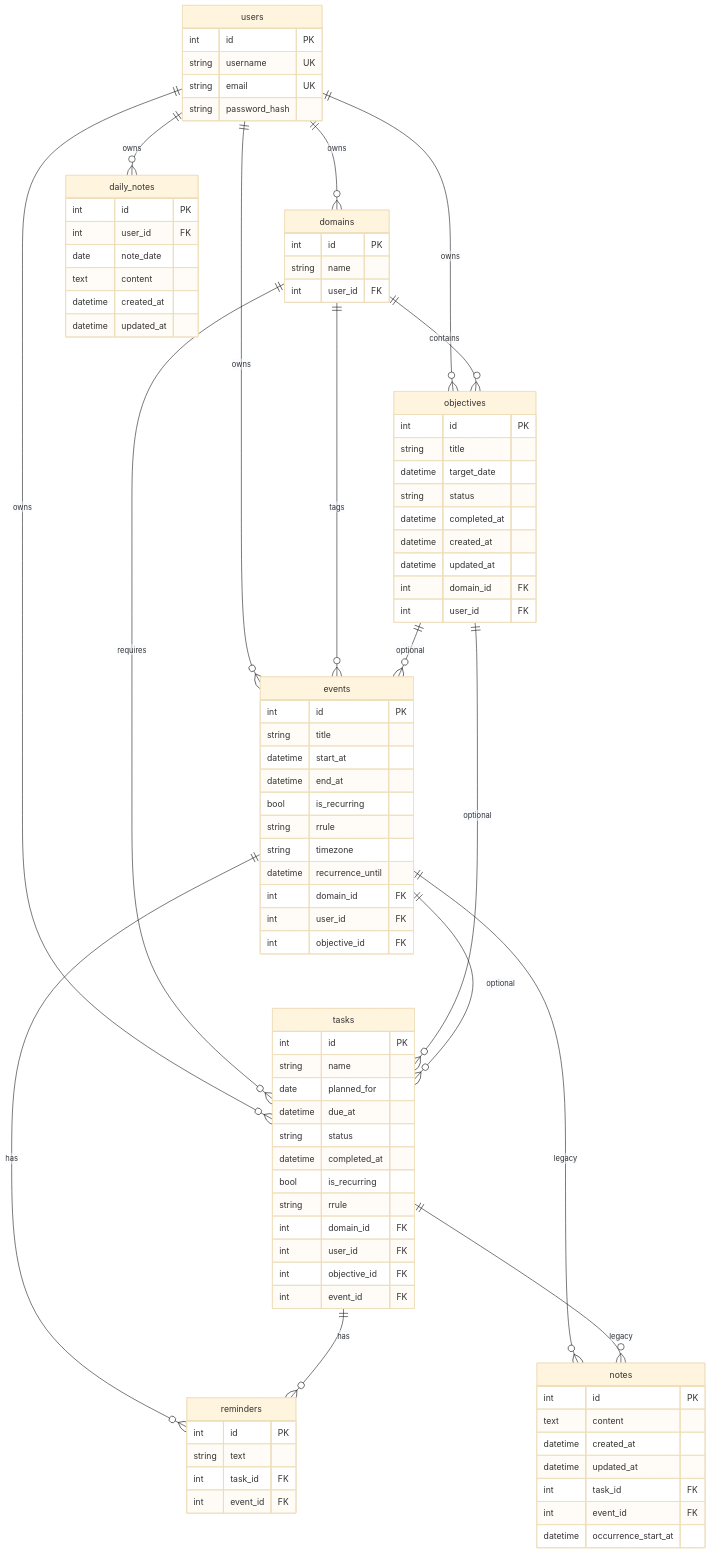
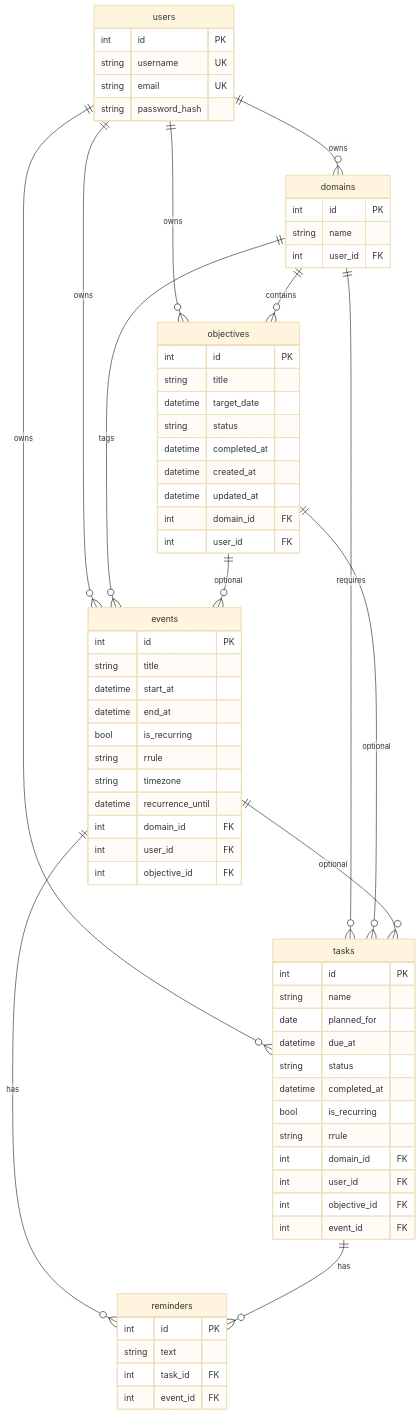
The diagram in docs/schema.md (Trevor5008/Palander), drawn with Mermaid (base theme) before and after one commit. The commit also changed other lines of this file and 49 other files, not shown here.

````diff
--- a/docs/schema.md
+++ b/docs/schema.md
@@ -12,7 +12,6 @@
   users ||--o{ objectives : owns
   users ||--o{ events : owns
   users ||--o{ tasks : owns
-  users ||--o{ daily_notes : owns
 
   domains ||--o{ objectives : contains
   domains ||--o{ events : tags
@@ -23,10 +22,8 @@
 
   events ||--o{ tasks : optional
   events ||--o{ reminders : has
-  events ||--o{ notes : legacy
 
   tasks ||--o{ reminders : has
-  tasks ||--o{ notes : legacy
 
   users {
     int id PK
@@ -88,23 +85,4 @@
     int task_id FK
     int event_id FK
   }
-
-  notes {
-    int id PK
-    text content
-    datetime created_at
-    datetime updated_at
-    int task_id FK
-    int event_id FK
-    datetime occurrence_start_at
-  }
-
-  daily_notes {
-    int id PK
-    int user_id FK
-    date note_date
-    text content
-    datetime created_at
-    datetime updated_at
-  }
 ```
````
